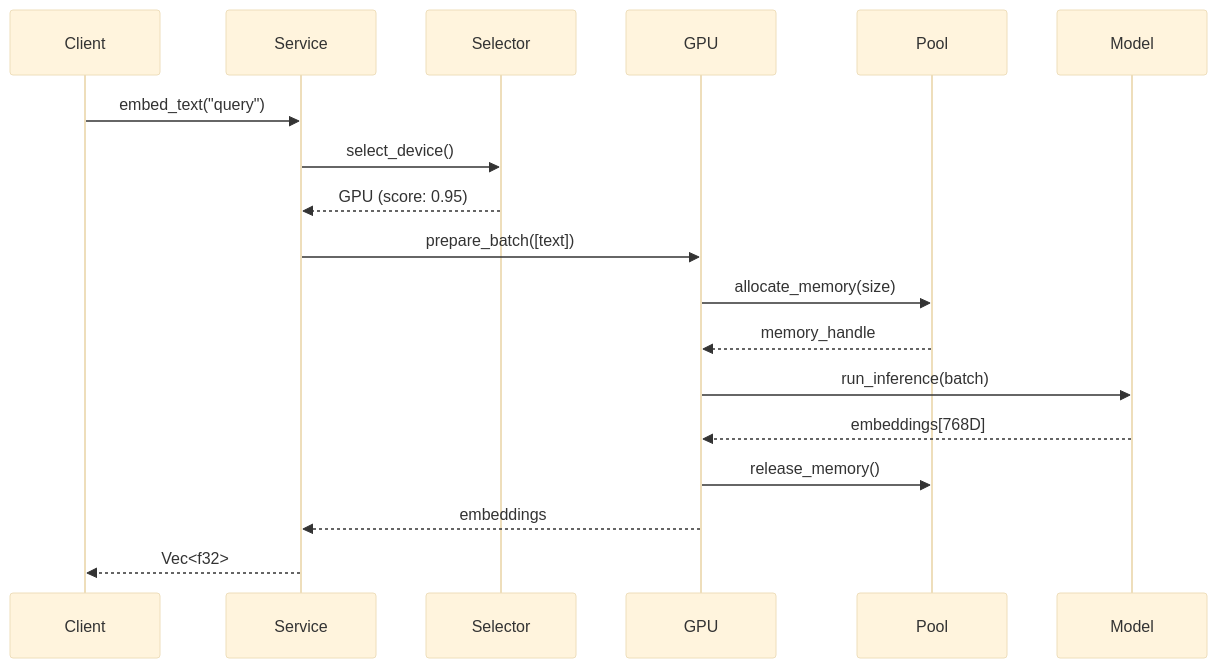
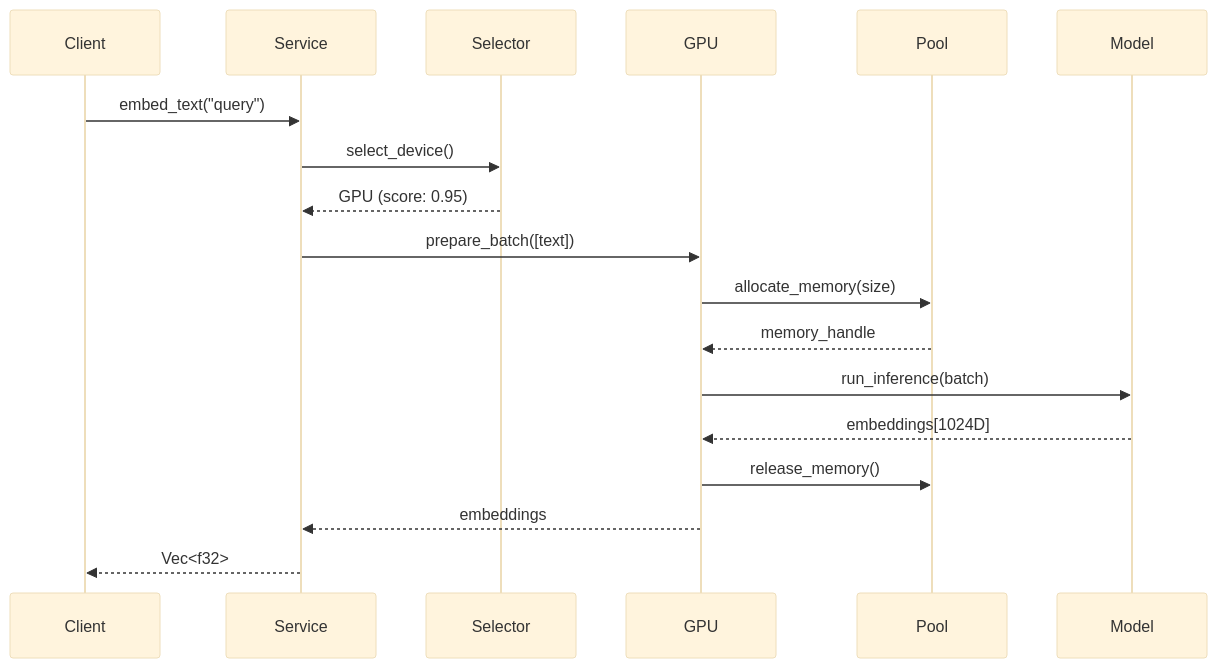
Before and after one commit to iMAGRAY/MAGRAY_Cli: the fifth of 11 diagrams in docs/obsidian-v2/02_Components/AI Mind Map - Визуальная карта AI crate.md, drawn with Mermaid (base theme). The commit also changed other lines of this file and 50 other files, not shown here.

````diff
--- a/docs/obsidian-v2/02_Components/AI Mind Map - Визуальная карта AI crate.md
+++ b/docs/obsidian-v2/02_Components/AI Mind Map - Визуальная карта AI crate.md
@@ -182,24 +182,24 @@
 ```mermaid
 sequenceDiagram
     participant Client
     participant Service
     participant Selector
     participant GPU
     participant Pool
     participant Model
     
     Client->>Service: embed_text("query")
     Service->>Selector: select_device()
     Selector-->>Service: GPU (score: 0.95)
     
     Service->>GPU: prepare_batch([text])
     GPU->>Pool: allocate_memory(size)
     Pool-->>GPU: memory_handle
     
     GPU->>Model: run_inference(batch)
-    Model-->>GPU: embeddings[768D]
+    Model-->>GPU: embeddings[1024D]
     
     GPU->>Pool: release_memory()
     GPU-->>Service: embeddings
     Service-->>Client: Vec<f32>
 ```
````
